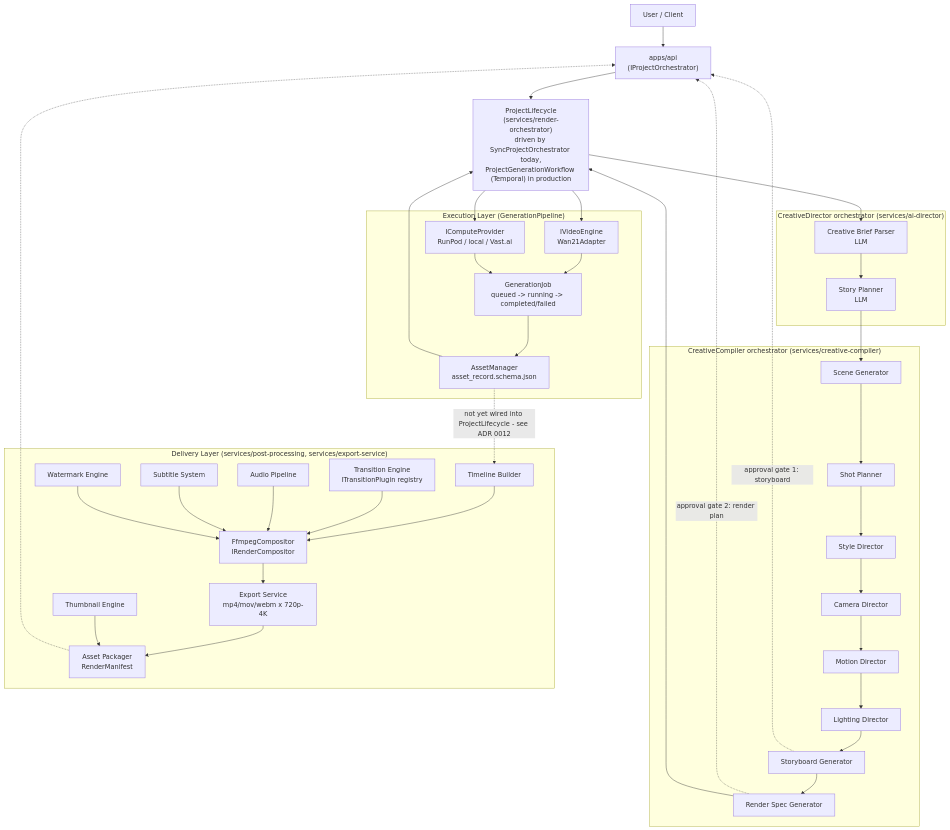
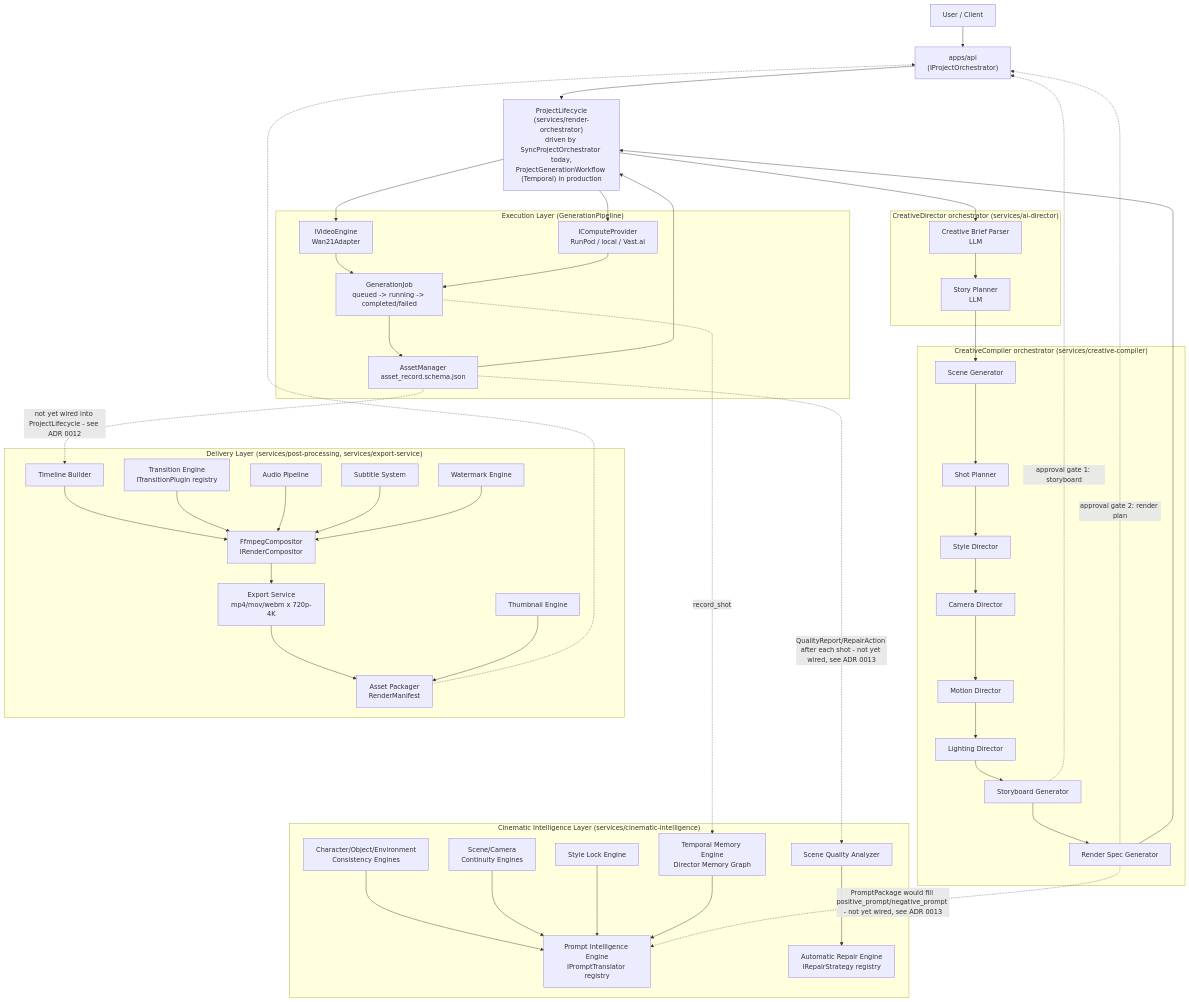
The first of 2 diagrams in docs/ARCHITECTURE.md (Y1X0/sallehly-ai-engine), drawn with Mermaid before and after one commit. The commit also changed other lines of this file and 69 other files, not shown here.

````diff
--- a/docs/ARCHITECTURE.md
+++ b/docs/ARCHITECTURE.md
@@ -13,64 +13,82 @@
 ```mermaid
 flowchart TD
     U[User / Client] --> API["apps/api<br/>(IProjectOrchestrator)"]
     API --> ORCH["ProjectLifecycle<br/>(services/render-orchestrator)<br/>driven by SyncProjectOrchestrator today,<br/>ProjectGenerationWorkflow (Temporal) in production"]
 
     subgraph CD["CreativeDirector orchestrator (services/ai-director)"]
         BP[Creative Brief Parser<br/>LLM]
         STP[Story Planner<br/>LLM]
         BP --> STP
     end
 
     subgraph CC["CreativeCompiler orchestrator (services/creative-compiler)"]
         SB[Scene Generator]
         SP[Shot Planner]
         STY[Style Director]
         CAM[Camera Director]
         MOT[Motion Director]
         LIT[Lighting Director]
         SG[Storyboard Generator]
         RC[Render Spec Generator]
+    end
+
+    subgraph CIL["Cinematic Intelligence Layer (services/cinematic-intelligence)"]
+        CHAR[Character/Object/Environment<br/>Consistency Engines]
+        CONT[Scene/Camera<br/>Continuity Engines]
+        SL[Style Lock Engine]
+        PI[Prompt Intelligence Engine<br/>IPromptTranslator registry]
+        MEM[Temporal Memory Engine<br/>Director Memory Graph]
+        QA[Scene Quality Analyzer]
+        REP[Automatic Repair Engine<br/>IRepairStrategy registry]
+        CHAR --> PI
+        CONT --> PI
+        SL --> PI
+        MEM --> PI
+        QA --> REP
     end
 
     subgraph L2["Execution Layer (GenerationPipeline)"]
         ENGINE[IVideoEngine<br/>Wan21Adapter]
         COMPUTE[IComputeProvider<br/>RunPod / local / Vast.ai]
         JOB[GenerationJob<br/>queued -> running -> completed/failed]
         ASSET[AssetManager<br/>asset_record.schema.json]
         ENGINE --> JOB
         COMPUTE --> JOB
         JOB --> ASSET
     end
 
     subgraph L3["Delivery Layer (services/post-processing, services/export-service)"]
         TL[Timeline Builder]
         TE[Transition Engine<br/>ITransitionPlugin registry]
         AP[Audio Pipeline]
         SUB[Subtitle System]
         WM[Watermark Engine]
         COMP[FfmpegCompositor<br/>IRenderCompositor]
         THUMB[Thumbnail Engine]
         EXP[Export Service<br/>mp4/mov/webm x 720p-4K]
         PKG[Asset Packager<br/>RenderManifest]
         TL --> COMP
         TE --> COMP
         AP --> COMP
         SUB --> COMP
         WM --> COMP
         COMP --> EXP --> PKG
         THUMB --> PKG
     end
 
     ORCH --> BP
     STP --> SB --> SP
     SP --> STY --> CAM --> MOT --> LIT --> SG
     SG -.->|approval gate 1: storyboard| API
     SG --> RC
     RC -.->|approval gate 2: render plan| API
+    RC -.->|"PromptPackage would fill positive_prompt/negative_prompt - not yet wired, see ADR 0013"| PI
     RC --> ORCH
     ORCH --> ENGINE
     ORCH --> COMPUTE
     ASSET --> ORCH
     ASSET -.->|"not yet wired into ProjectLifecycle - see ADR 0012"| TL
+    ASSET -.->|"QualityReport/RepairAction after each shot - not yet wired, see ADR 0013"| QA
+    JOB -.->|record_shot| MEM
     PKG -.-> API
 ```
````
